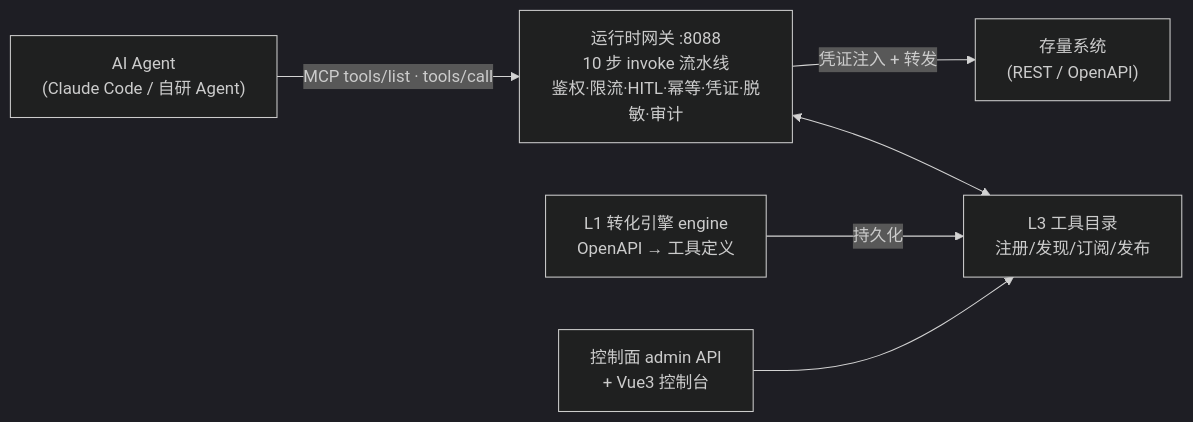
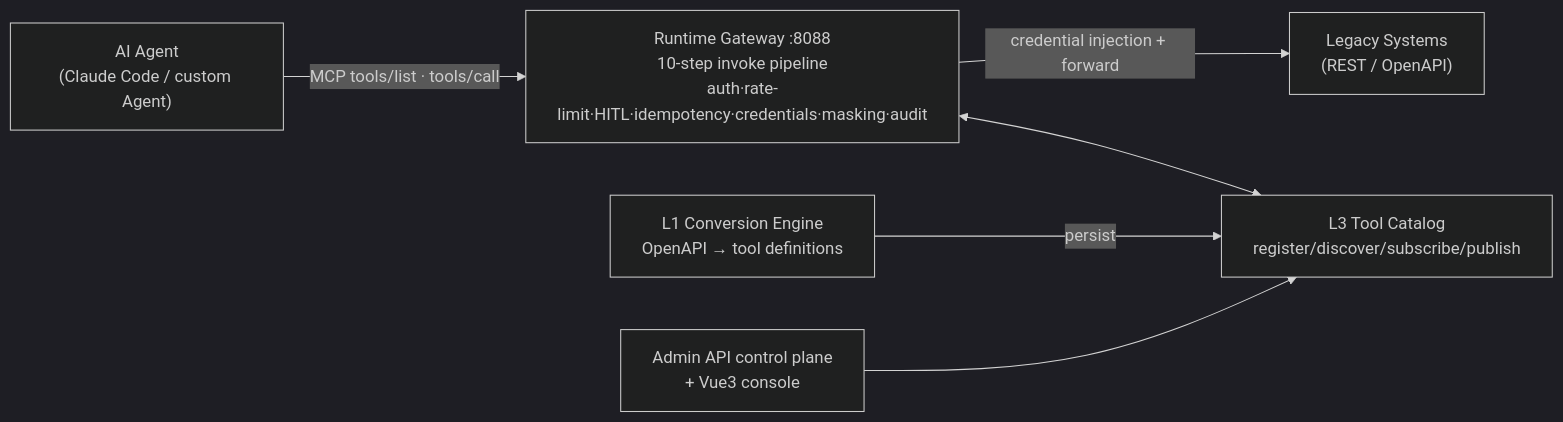
One commit to Zephyr2026/AllCLI changed the diagram in README.md. Above: the diagram before and after it, drawn with Mermaid (dark theme). The commit also changed other lines of this file and 1 other file, not shown here.

````diff
--- a/README.md
+++ b/README.md
@@ -21,8 +23,8 @@
 ```mermaid
 flowchart LR
-    A["AI Agent<br/>(Claude Code / 自研 Agent)"] -->|"MCP tools/list · tools/call"| G["运行时网关 :8088<br/>10 步 invoke 流水线<br/>鉴权·限流·HITL·幂等·凭证·脱敏·审计"]
-    G <--> C["L3 工具目录<br/>注册/发现/订阅/发布"]
-    E["L1 转化引擎 engine<br/>OpenAPI → 工具定义"] -->|持久化| C
-    G -->|"凭证注入 + 转发"| S["存量系统<br/>(REST / OpenAPI)"]
-    M["控制面 admin API<br/>+ Vue3 控制台"] --> C
+    A["AI Agent<br/>(Claude Code / custom Agent)"] -->|"MCP tools/list · tools/call"| G["Runtime Gateway :8088<br/>10-step invoke pipeline<br/>auth·rate-limit·HITL·idempotency·credentials·masking·audit"]
+    G <--> C["L3 Tool Catalog<br/>register/discover/subscribe/publish"]
+    E["L1 Conversion Engine<br/>OpenAPI → tool definitions"] -->|persist| C
+    G -->|"credential injection + forward"| S["Legacy Systems<br/>(REST / OpenAPI)"]
+    M["Admin API control plane<br/>+ Vue3 console"] --> C
 ```
````
